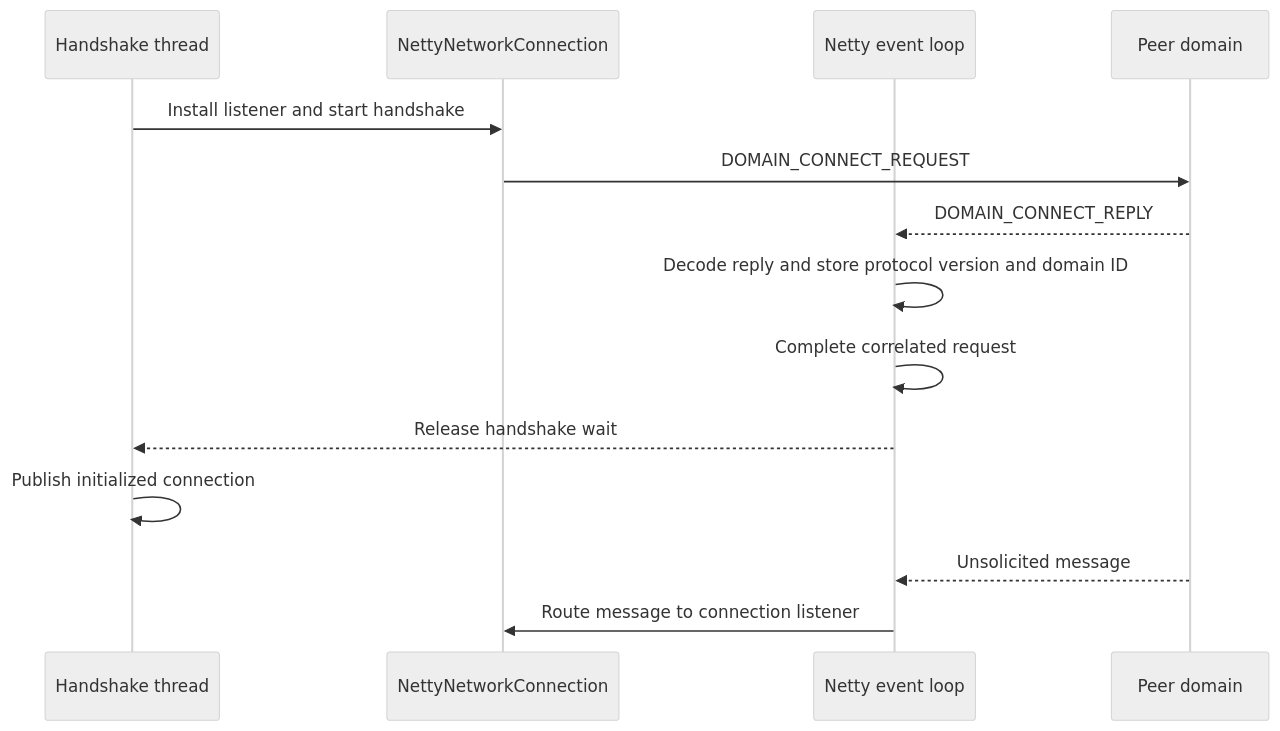
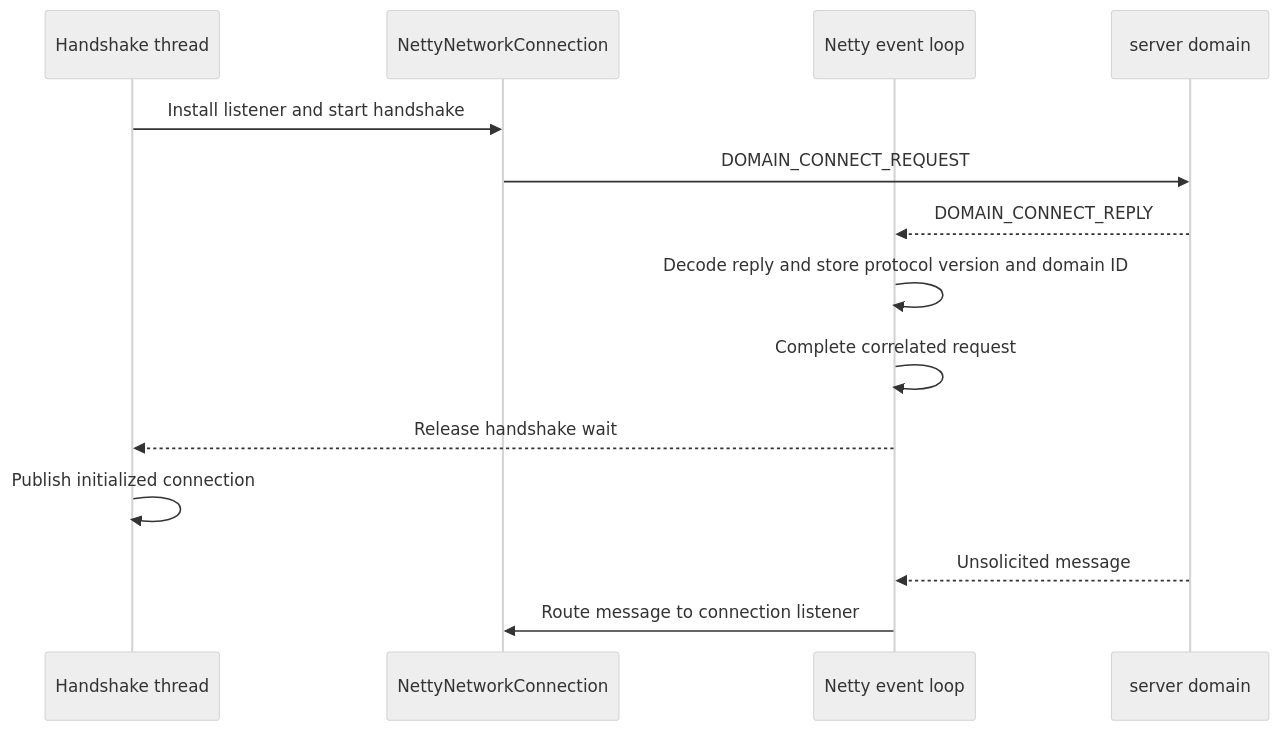
The diagram in outbound-handshake.md (casualcore/casual-java), drawn with Mermaid (neutral theme) before and after one commit. The commit also changed other lines of this file, not shown here.

````diff
--- a/outbound-handshake.md
+++ b/outbound-handshake.md
@@ -27,17 +27,17 @@
 ```mermaid
 sequenceDiagram
     participant H as Handshake thread
     participant C as NettyNetworkConnection
     participant E as Netty event loop
-    participant P as Peer domain
+    participant P as server domain
 
     H->>C: Install listener and start handshake
     C->>P: DOMAIN_CONNECT_REQUEST
     P-->>E: DOMAIN_CONNECT_REPLY
     E->>E: Decode reply and store protocol version and domain ID
     E->>E: Complete correlated request
     E-->>H: Release handshake wait
     H->>H: Publish initialized connection
     P-->>E: Unsolicited message
     E->>C: Route message to connection listener
 ```
````
